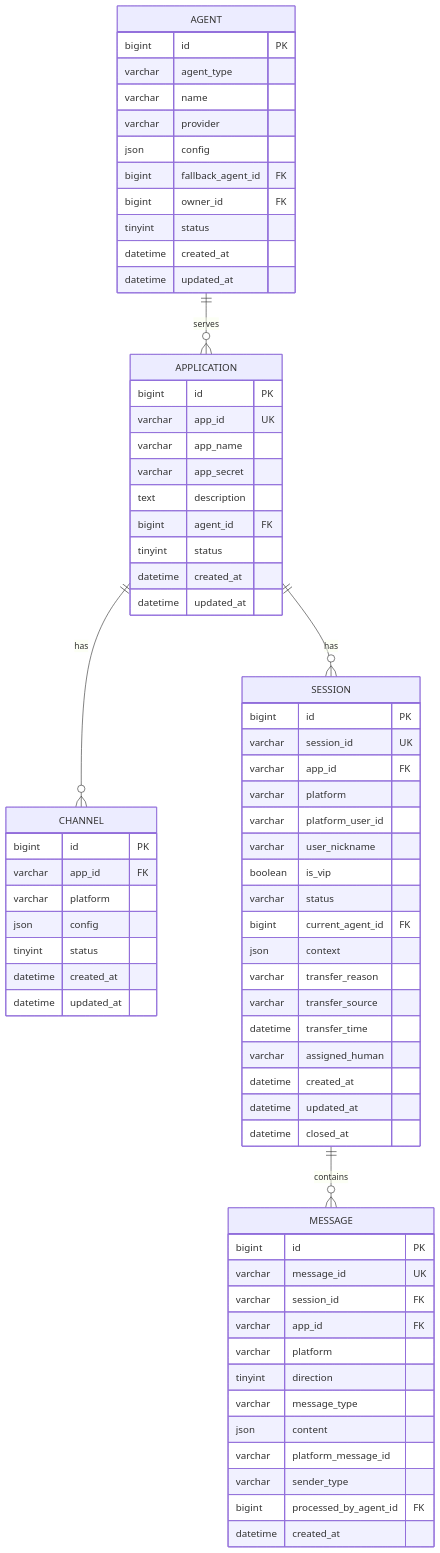
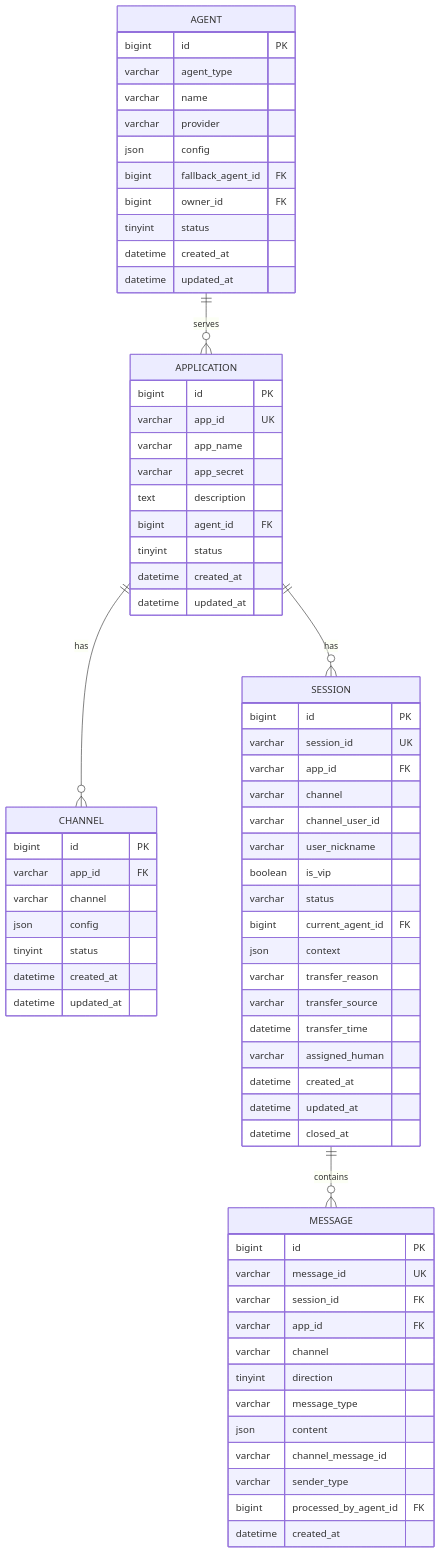
Before and after one commit to liushoukun/huizhida-chatbot: diagram 15 of 17 in docs/requirements.md, drawn with Mermaid. The commit also changed other lines of this file and 1 other file, not shown here.

````diff
--- a/docs/requirements.md
+++ b/docs/requirements.md
@@ -2280,77 +2280,77 @@
 ```mermaid
 erDiagram
     AGENT ||--o{ APPLICATION : serves
     APPLICATION ||--o{ CHANNEL : has
     APPLICATION ||--o{ SESSION : has
     SESSION ||--o{ MESSAGE : contains
 
     AGENT {
         bigint id PK
         varchar agent_type
         varchar name
         varchar provider
         json config
         bigint fallback_agent_id FK
         bigint owner_id FK
         tinyint status
         datetime created_at
         datetime updated_at
     }
 
     APPLICATION {
         bigint id PK
         varchar app_id UK
         varchar app_name
         varchar app_secret
         text description
         bigint agent_id FK
         tinyint status
         datetime created_at
         datetime updated_at
     }
 
     CHANNEL {
         bigint id PK
         varchar app_id FK
-        varchar platform
+        varchar channel
         json config
         tinyint status
         datetime created_at
         datetime updated_at
     }
 
     SESSION {
         bigint id PK
         varchar session_id UK
         varchar app_id FK
-        varchar platform
-        varchar platform_user_id
+        varchar channel
+        varchar channel_user_id
         varchar user_nickname
         boolean is_vip
         varchar status
         bigint current_agent_id FK
         json context
         varchar transfer_reason
         varchar transfer_source
         datetime transfer_time
         varchar assigned_human
         datetime created_at
         datetime updated_at
         datetime closed_at
     }
 
     MESSAGE {
         bigint id PK
         varchar message_id UK
         varchar session_id FK
         varchar app_id FK
-        varchar platform
+        varchar channel
         tinyint direction
         varchar message_type
         json content
-        varchar platform_message_id
+        varchar channel_message_id
         varchar sender_type
         bigint processed_by_agent_id FK
         datetime created_at
     }
 ```
````
